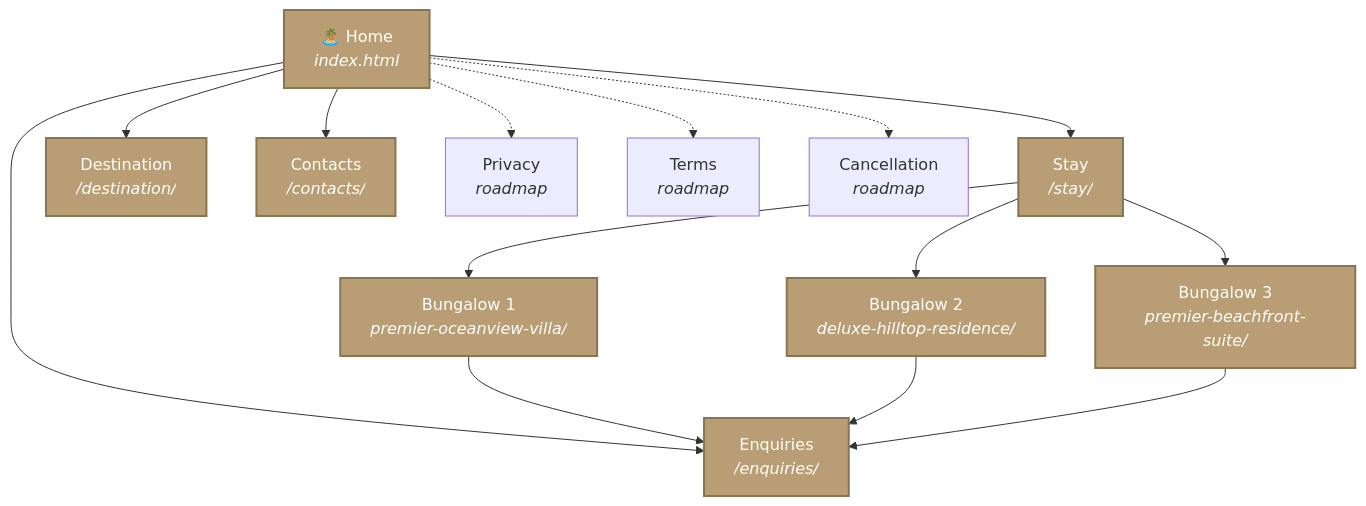
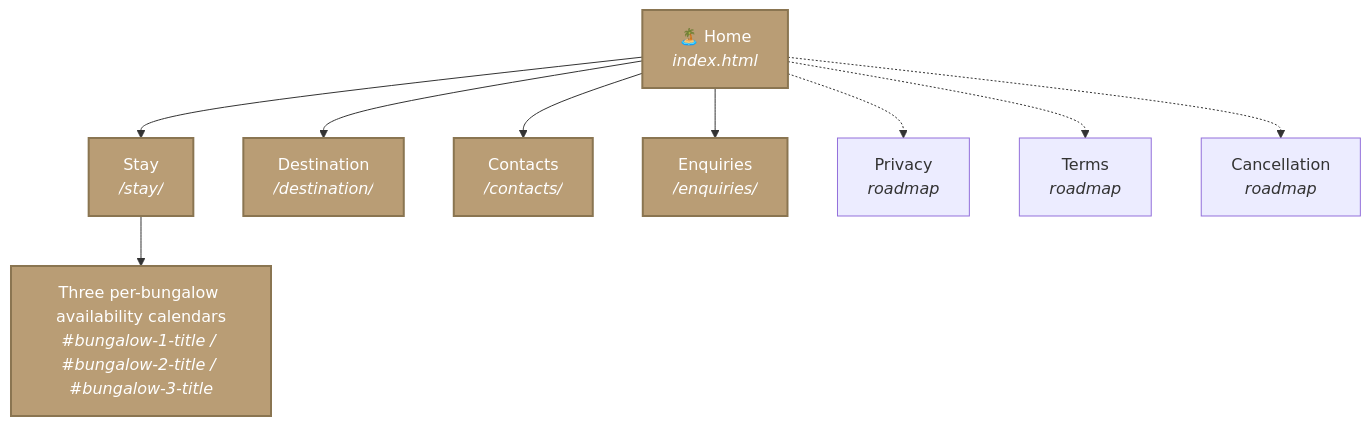
Before and after one commit to NoobCoder1209/vayana-bungalows: the first of 2 diagrams in SITEMAP.md, drawn with Mermaid. The commit also changed other lines of this file and 18 other files, not shown here.

First line of the commit message:
Remove bungalow detail pages; home cards link to /stay/ calendars (#141)

````diff
--- a/SITEMAP.md
+++ b/SITEMAP.md
@@ -11,23 +11,17 @@
 ```mermaid
 graph TD
     Home["🏝️ Home<br/><i>index.html</i>"]:::built
 
     Home --> Stay["Stay<br/><i>/stay/</i>"]:::built
     Home --> Dest["Destination<br/><i>/destination/</i>"]:::built
     Home --> Contacts["Contacts<br/><i>/contacts/</i>"]:::built
     Home --> Enq["Enquiries<br/><i>/enquiries/</i>"]:::built
 
-    Stay --> B1["Bungalow 1<br/><i>premier-oceanview-villa/</i>"]:::built
-    Stay --> B2["Bungalow 2<br/><i>deluxe-hilltop-residence/</i>"]:::built
-    Stay --> B3["Bungalow 3<br/><i>premier-beachfront-suite/</i>"]:::built
-
-    B1 --> Enq
-    B2 --> Enq
-    B3 --> Enq
+    Stay --> Cal["Three per-bungalow availability calendars<br/><i>#bungalow-1-title / #bungalow-2-title / #bungalow-3-title</i>"]:::built
 
     Home -.-> Privacy["Privacy<br/><i>roadmap</i>"]
     Home -.-> Terms["Terms<br/><i>roadmap</i>"]
     Home -.-> Cancel["Cancellation<br/><i>roadmap</i>"]
 
     classDef built fill:#b99d75,stroke:#8a7551,color:#fff,stroke-width:2px
 ```
````
